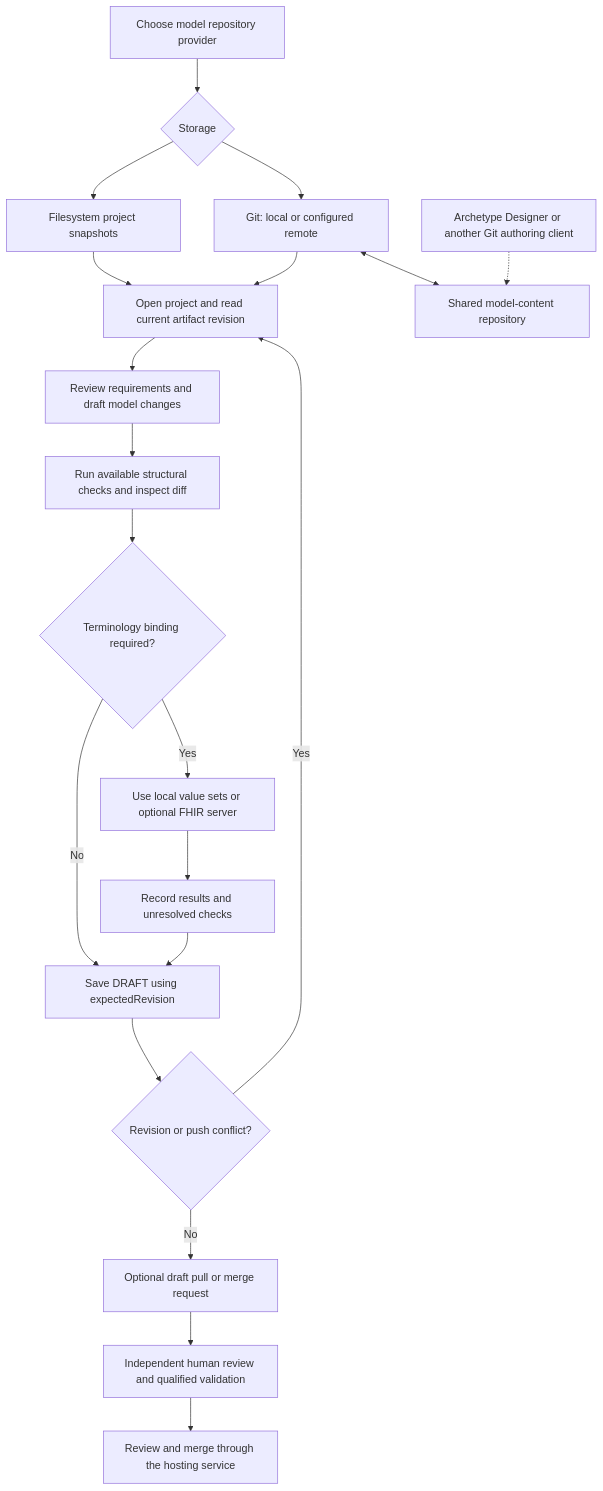
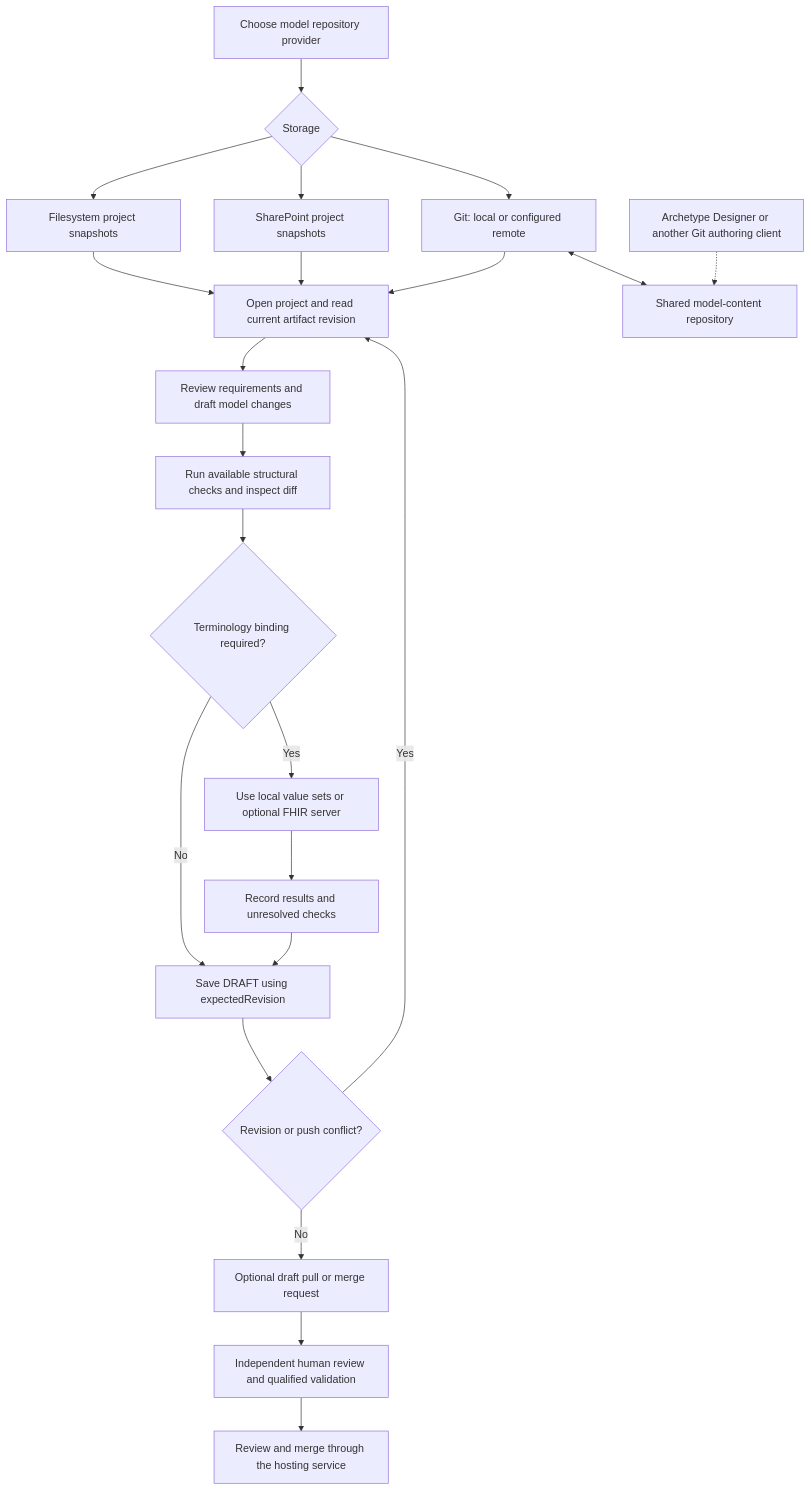
One commit to CzarMich/openehr-modelling-assistant changed the diagram in docs/workflows/shared-git-models.md. Above: the diagram before and after it, drawn with Mermaid. The commit also changed other lines of this file and 48 other files, not shown here.

Commit message:
feat(repository): implement conditional SharePoint snapshot storage

````diff
--- a/docs/workflows/shared-git-models.md
+++ b/docs/workflows/shared-git-models.md
@@ -5,22 +5,24 @@
 ```mermaid
 flowchart TD
     Start[Choose model repository provider] --> Choice{Storage}
     Choice --> FS[Filesystem project snapshots]
+    Choice --> SP[SharePoint project snapshots]
+    SP --> Open
     Choice --> Git[Git: local or configured remote]
     FS --> Open[Open project and read current artifact revision]
     Git --> Open
     Author[Archetype Designer or another Git authoring client] -.-> Remote[Shared model-content repository]
     Git <--> Remote
     Open --> Draft[Review requirements and draft model changes]
     Draft --> Check[Run available structural checks and inspect diff]
     Check --> Terms{Terminology binding required?}
     Terms -->|No| Save[Save DRAFT using expectedRevision]
     Terms -->|Yes| LocalOrRemote[Use local value sets or optional FHIR server]
     LocalOrRemote --> Evidence[Record results and unresolved checks]
     Evidence --> Save
     Save --> Conflict{Revision or push conflict?}
     Conflict -->|Yes| Open
     Conflict -->|No| Hosted[Optional draft pull or merge request]
     Hosted --> Human[Independent human review and qualified validation]
     Human --> Review[Review and merge through the hosting service]
 ```
````
